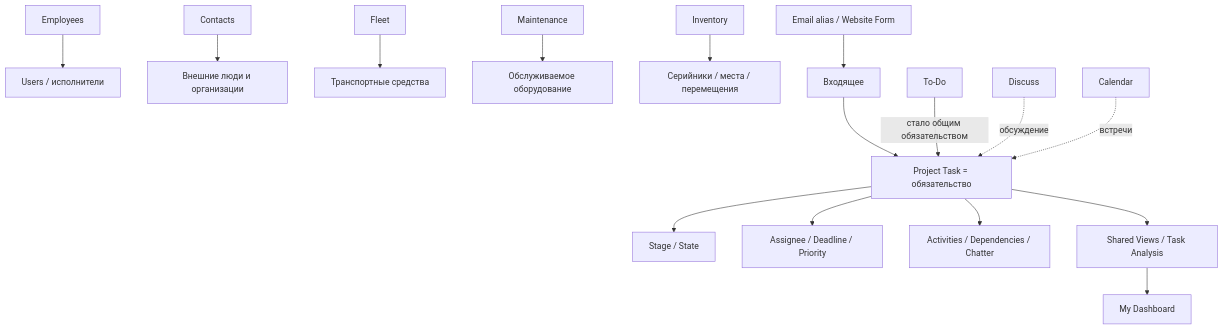
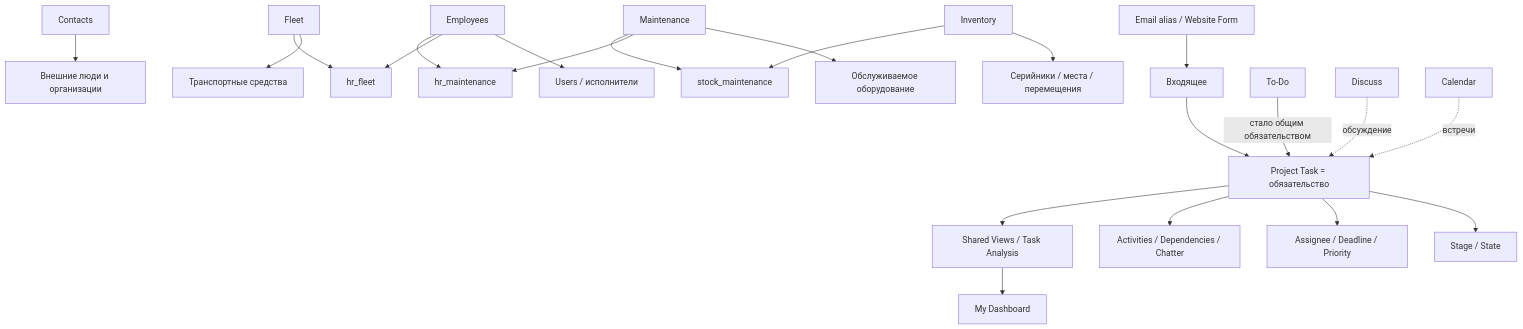
The diagram in README.md (lazuale/department), drawn with Mermaid before and after one commit. The commit also changed other lines of this file, not shown here.

````diff
--- a/README.md
+++ b/README.md
@@ -39,20 +42,27 @@
 ```mermaid
 flowchart TB
     E[Employees] --> U[Users / исполнители]
     C[Contacts] --> X[Внешние люди и организации]
     F[Fleet] --> V[Транспортные средства]
     M[Maintenance] --> EQ[Обслуживаемое оборудование]
     I[Inventory] --> ST[Серийники / места / перемещения]
+
+    E --> HF[hr_fleet]
+    F --> HF
+    E --> HM[hr_maintenance]
+    M --> HM
+    I --> SM[stock_maintenance]
+    M --> SM
 
     I0[Входящее] --> T[Project Task = обязательство]
     T --> S[Stage / State]
     T --> A[Assignee / Deadline / Priority]
     T --> N[Activities / Dependencies / Chatter]
     T --> Q[Shared Views / Task Analysis]
     Q --> D[My Dashboard]
 
     TD[To-Do] -->|стало общим обязательством| T
     DS[Discuss] -. обсуждение .-> T
     CAL[Calendar] -. встречи .-> T
     W[Email alias / Website Form] --> I0
 ```
````
